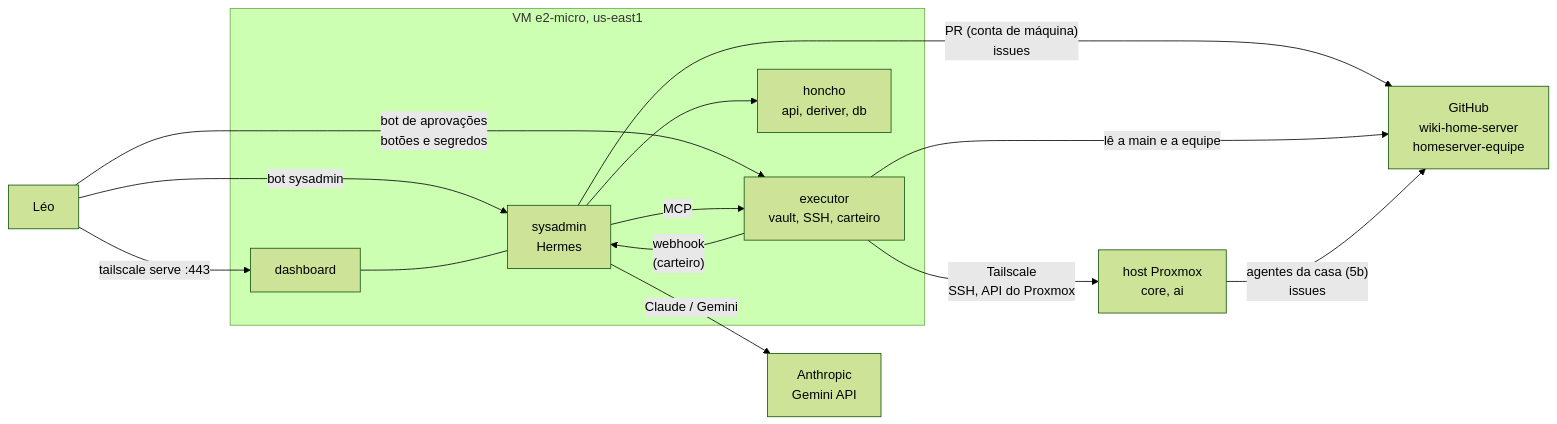
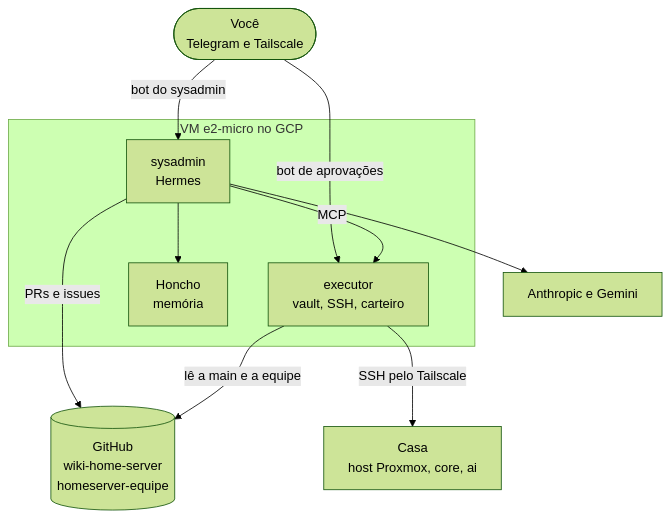
One commit to lioevano/wiki-home-server changed the first of 4 diagrams in wiki/docs/01-manual-implementacao/02-sysadmin-gcp.md. Above: the diagram before and after it, drawn with Mermaid (forest theme). The commit also changed other lines of this file and 24 other files, not shown here.

````diff
--- a/wiki/docs/01-manual-implementacao/02-sysadmin-gcp.md
+++ b/wiki/docs/01-manual-implementacao/02-sysadmin-gcp.md
@@ -13,17 +13,20 @@
 ```mermaid
-flowchart LR
-    leo[Léo] -- "bot sysadmin" --> sa
-    leo -- "bot de aprovações<br/>botões e segredos" --> ex
-    leo -- "tailscale serve :443" --> dash[dashboard]
-    subgraph gcp[VM e2-micro, us-east1]
-        sa[sysadmin<br/>Hermes] -- MCP --> ex[executor<br/>vault, SSH, carteiro]
-        ex -- "webhook<br/>(carteiro)" --> sa
-        sa --> hon[honcho<br/>api, deriver, db]
-        dash --- sa
+flowchart TB
+    leo(["Você<br/>Telegram e Tailscale"])
+    subgraph gcp["VM e2-micro no GCP"]
+        sa["sysadmin<br/>Hermes"]
+        ex["executor<br/>vault, SSH, carteiro"]
+        hon["Honcho<br/>memória"]
     end
-    sa -- "PR (conta de máquina)<br/>issues" --> gh[GitHub<br/>wiki-home-server<br/>homeserver-equipe]
+    gh[("GitHub<br/>wiki-home-server<br/>homeserver-equipe")]
+    casa["Casa<br/>host Proxmox, core, ai"]
+    llm["Anthropic e Gemini"]
+    leo -- "bot do sysadmin" --> sa
+    leo -- "bot de aprovações" --> ex
+    sa -- "MCP" --> ex
+    sa --> hon
+    sa -- "PRs e issues" --> gh
     ex -- "lê a main e a equipe" --> gh
-    ex -- "Tailscale<br/>SSH, API do Proxmox" --> casa[host Proxmox<br/>core, ai]
-    casa -- "agentes da casa (5b)<br/>issues" --> gh
-    sa -- "Claude / Gemini" --> llm[Anthropic<br/>Gemini API]
+    ex -- "SSH pelo Tailscale" --> casa
+    sa --> llm
 ```
````
